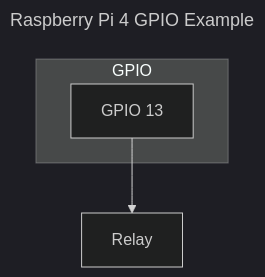
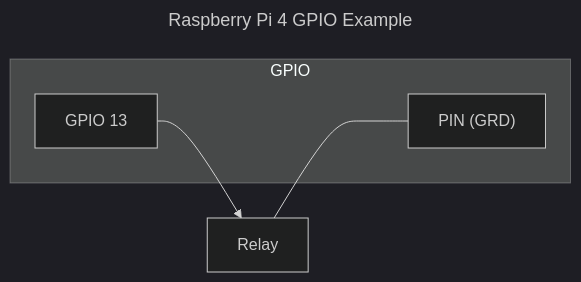
Before and after one commit to rosenkolev/home-assistant-gpio-integration: the fifth of 6 diagrams in README.md, drawn with Mermaid (dark theme). The commit also changed other lines of this file and 37 other files, not shown here.

````diff
--- a/README.md
+++ b/README.md
@@ -153,11 +210,13 @@
 ```mermaid
 ---
 title: Raspberry Pi 4 GPIO Example
 ---
-flowchart TB
+flowchart LR
   subgraph GPIO
     A[GPIO 13]
+    B["PIN (GRD)"]
   end
 
-  A --> B[Relay]
+  A --> C[Relay]
+  C ---- B
 ```
````
